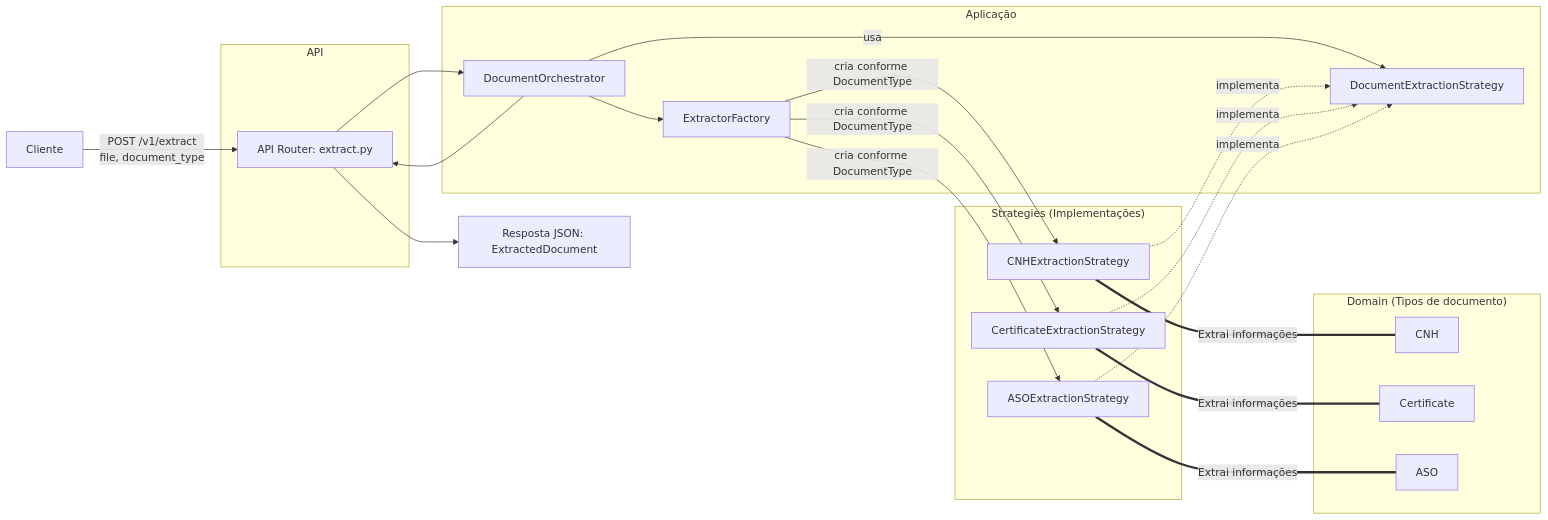
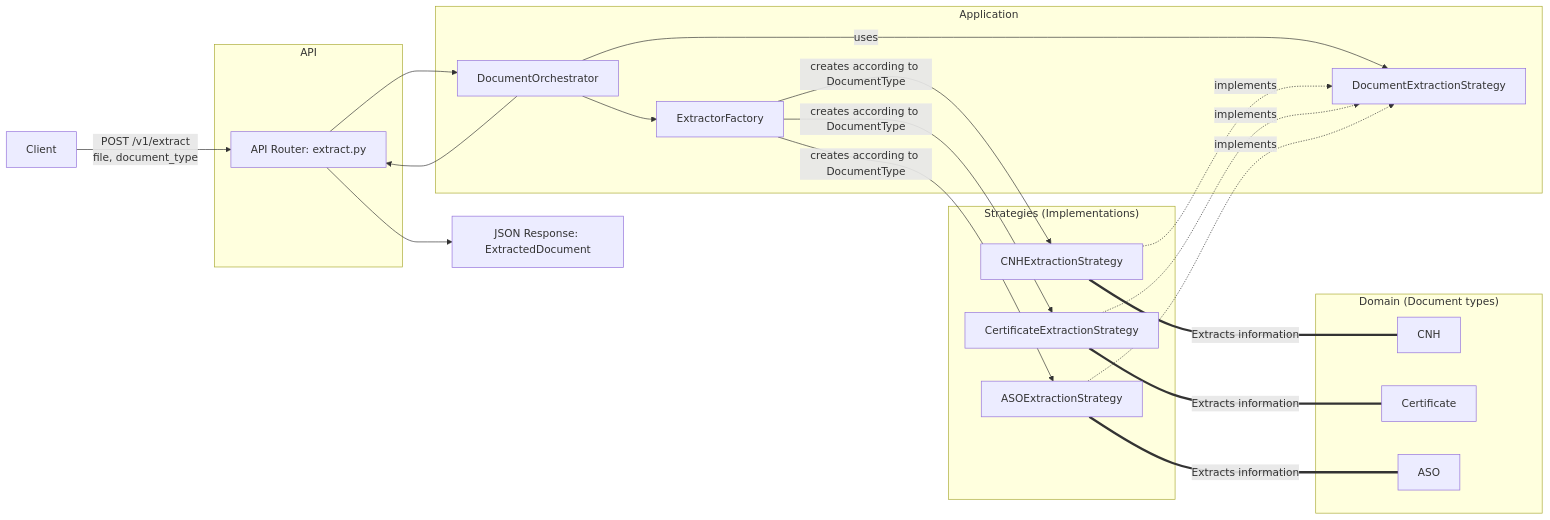
Before and after one commit to Amir-Youssef/document-extraction-benchmarks: the second of 3 diagrams in arquitetura.md, drawn with Mermaid. The commit also changed other lines of this file and 3 other files, not shown here.

````diff
--- a/arquitetura.md
+++ b/arquitetura.md
@@ -21,40 +21,40 @@
 ```mermaid
 flowchart LR
-  A[Cliente] -->|POST /v1/extract<br/>file, document_type| B[API Router: extract.py]
+  A[Client] -->|POST /v1/extract<br/>file, document_type| B[API Router: extract.py]
   B --> C[DocumentOrchestrator]
-  C -->|usa| E[DocumentExtractionStrategy]
+  C -->|uses| E[DocumentExtractionStrategy]
   C --> D[ExtractorFactory]
-  D -->|cria conforme DocumentType| S1[CNHExtractionStrategy]
-  D -->|cria conforme DocumentType| S2[CertificateExtractionStrategy]
-  D -->|cria conforme DocumentType| S3[ASOExtractionStrategy]
-  S1 -. implementa .-> E
-  S2 -. implementa .-> E
-  S3 -. implementa .-> E
-  S1 ===|Extrai informações| D1
-  S2 ===|Extrai informações| D2
-  S3 ===|Extrai informações| D3
+  D -->|creates according to DocumentType| S1[CNHExtractionStrategy]
+  D -->|creates according to DocumentType| S2[CertificateExtractionStrategy]
+  D -->|creates according to DocumentType| S3[ASOExtractionStrategy]
+  S1 -. implements .-> E
+  S2 -. implements .-> E
+  S3 -. implements .-> E
+  S1 ===|Extracts information| D1
+  S2 ===|Extracts information| D2
+  S3 ===|Extracts information| D3
   C --> B
-  B --> J[Resposta JSON: ExtractedDocument]
+  B --> J[JSON Response: ExtractedDocument]
 
   subgraph API
     B
   end
 
-  subgraph Aplicação
+  subgraph Application
     C
     D
     E
   end
 
-  subgraph "Strategies (Implementações)"
+  subgraph "Strategies (Implementations)"
     S1
     S2
     S3
   end
 
-  subgraph "Domain (Tipos de documento)"
+  subgraph "Domain (Document types)"
     D1[CNH]
     D2[Certificate]
     D3[ASO]
   end
 ```
````
